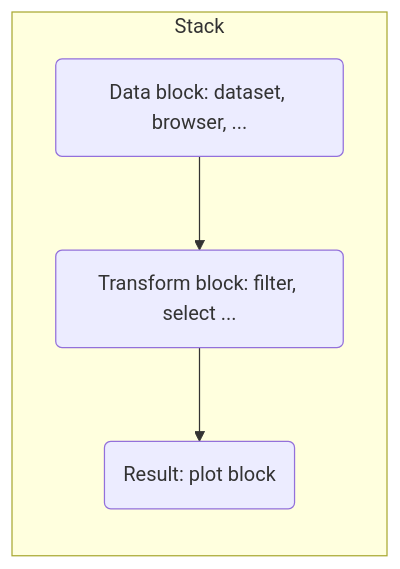
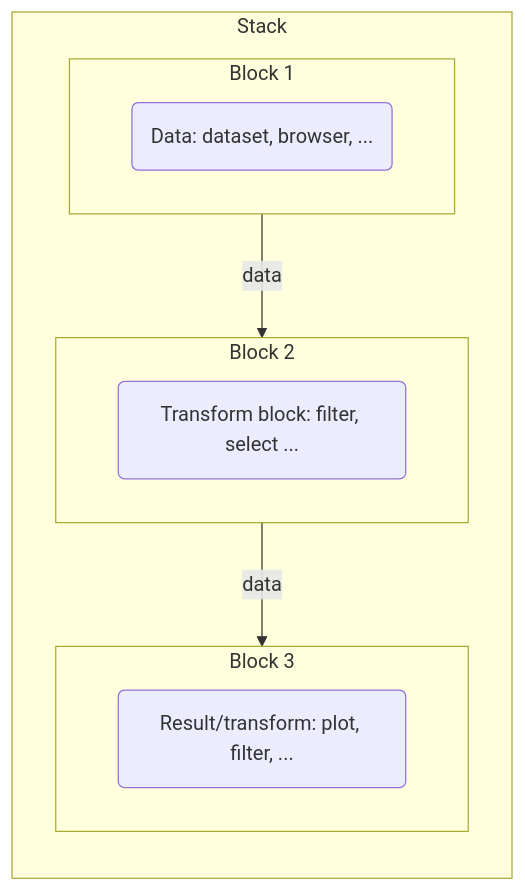
One commit to BristolMyersSquibb/useR2024 changed the first of 6 diagrams in index.qmd. Above: the diagram before and after it, drawn with Mermaid. The commit also changed other lines of this file and 5 other files, not shown here.

````diff
--- a/index.qmd
+++ b/index.qmd
@@ -120,11 +118,17 @@
 ```{mermaid}
 %%| mermaid-format: svg
 flowchart TD
   subgraph stack1[Stack]
     direction TB
-    input(Data block: dataset, browser, ...);
-    transform(Transform block: filter, select ...);
-    output(Result: plot block);
-    input --> transform --> output;
+    subgraph input_block[Block 1]
+      input(Data: dataset, browser, ...)
+    end
+    subgraph transform_block[Block 2]
+      transform(Transform block: filter, select ...)
+    end
+    subgraph output_block[Block 3]
+      output(Result/transform: plot, filter, ...)
+    end
+    input_block --> |data| transform_block --> |data| output_block
   end
 ```
````
